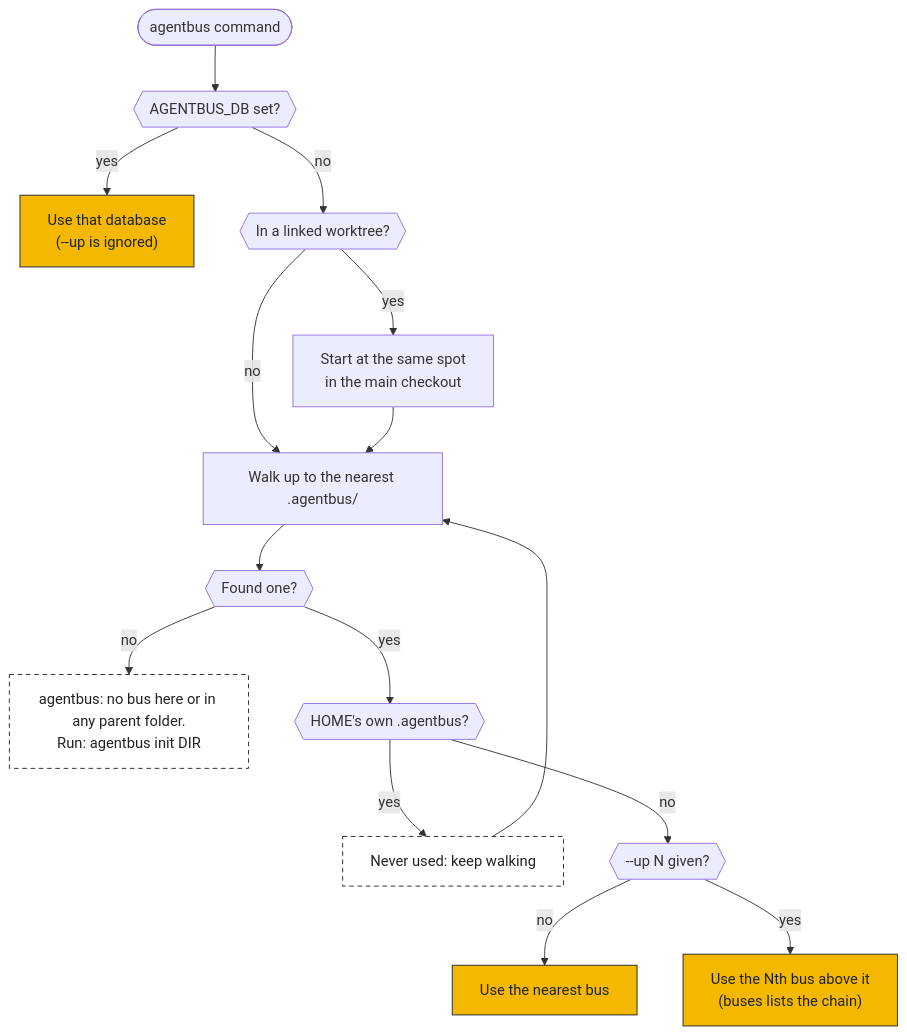
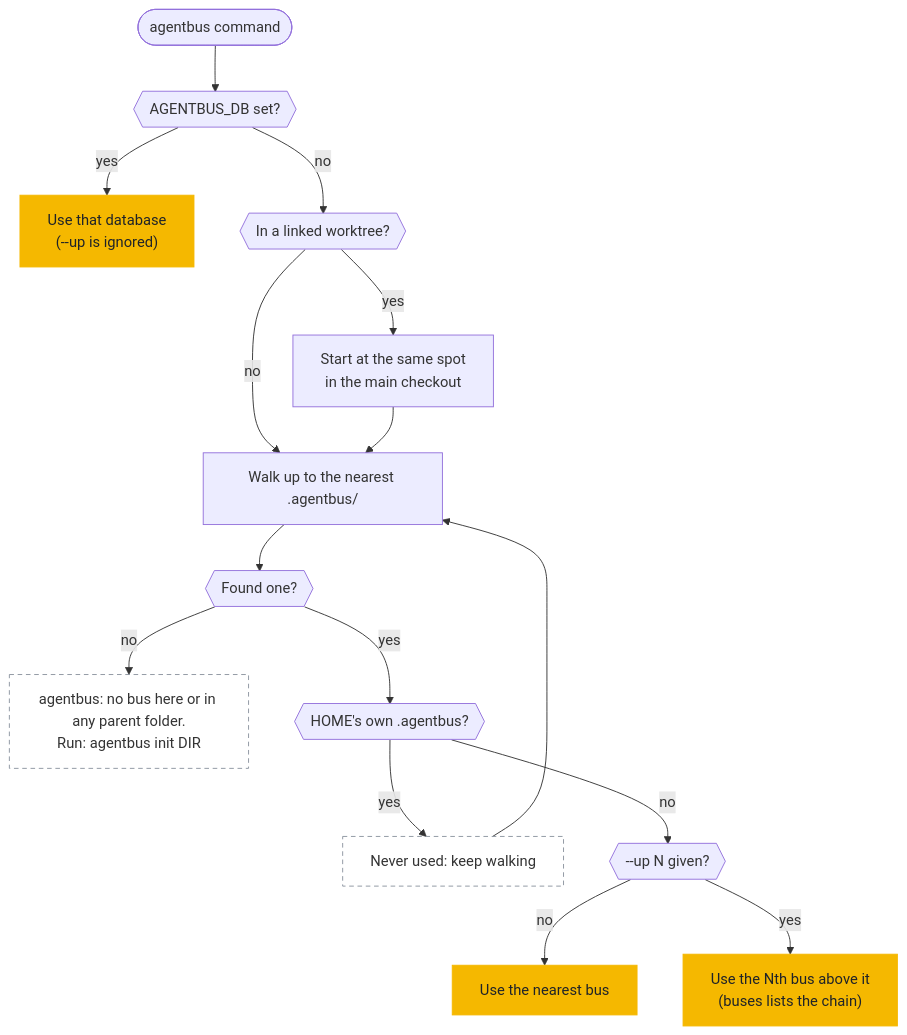
Before and after one commit to wickdninja/agentbus: the diagram in docs/diagrams/bus-selection.mmd, drawn with Mermaid. The commit also changed 29 other files, not shown here.

First line of the commit message:
docs: a hub diagram for how agents work together, light and dark

```diff
--- a/docs/diagrams/bus-selection.mmd
+++ b/docs/diagrams/bus-selection.mmd
@@ -1,20 +1,20 @@
 flowchart TD
     start(["agentbus command"]) --> env{{"AGENTBUS_DB set?"}}
     env -- yes --> useenv["Use that database<br/>(--up is ignored)"]
     env -- no --> wt{{"In a linked worktree?"}}
     wt -- yes --> main["Start at the same spot<br/>in the main checkout"]
     wt -- no --> walk
     main --> walk["Walk up to the nearest .agentbus/"]
     walk --> found{{"Found one?"}}
     found -- no --> none["agentbus: no bus here or in any parent folder.<br/>Run: agentbus init DIR"]
     found -- yes --> home{{"HOME's own .agentbus?"}}
     home -- yes --> skip["Never used: keep walking"]
     skip --> walk
     home -- no --> up{{"--up N given?"}}
     up -- no --> nearest["Use the nearest bus"]
     up -- yes --> outer["Use the Nth bus above it<br/>(buses lists the chain)"]
 
-    classDef ok fill:#F5B800,stroke:#1f2328,color:#1f2328;
-    classDef bad fill:#ffffff,stroke:#1f2328,color:#1f2328,stroke-dasharray: 5 4;
+    classDef ok fill:#F5B800,stroke:#F5B800,color:#1f2328;
+    classDef bad fill:transparent,stroke:#8b949e,stroke-dasharray: 5 4;
     class useenv,nearest,outer ok;
     class none,skip bad;
```
